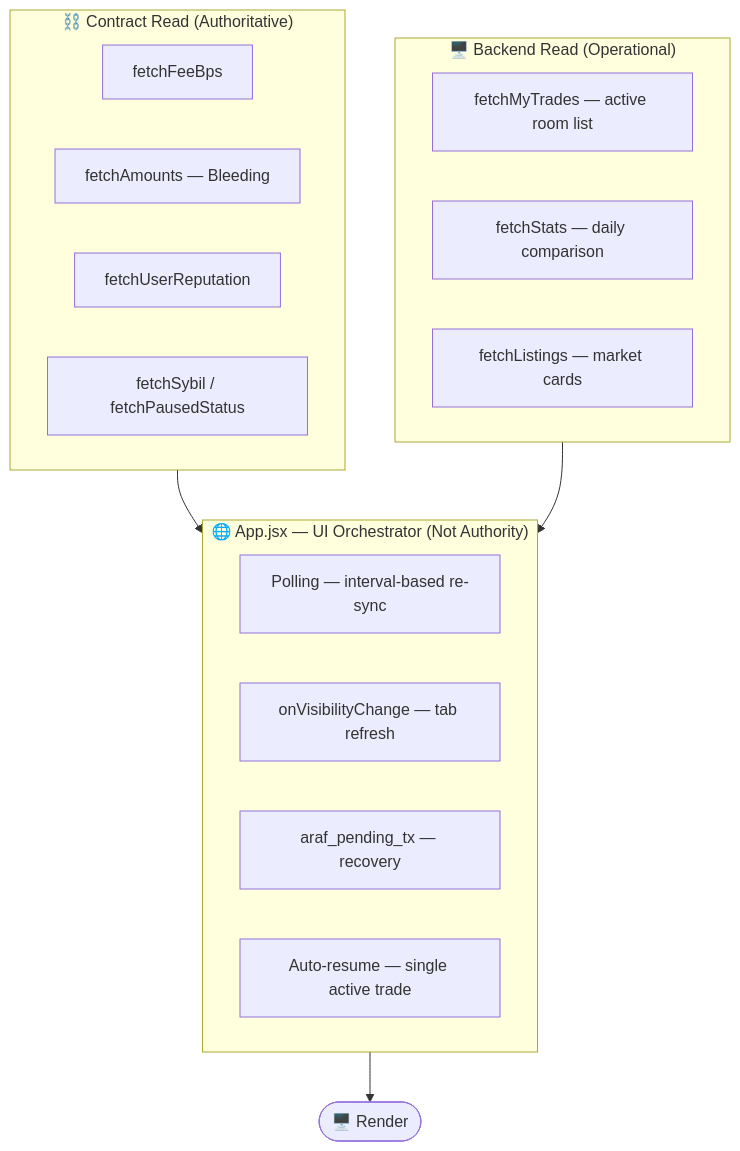
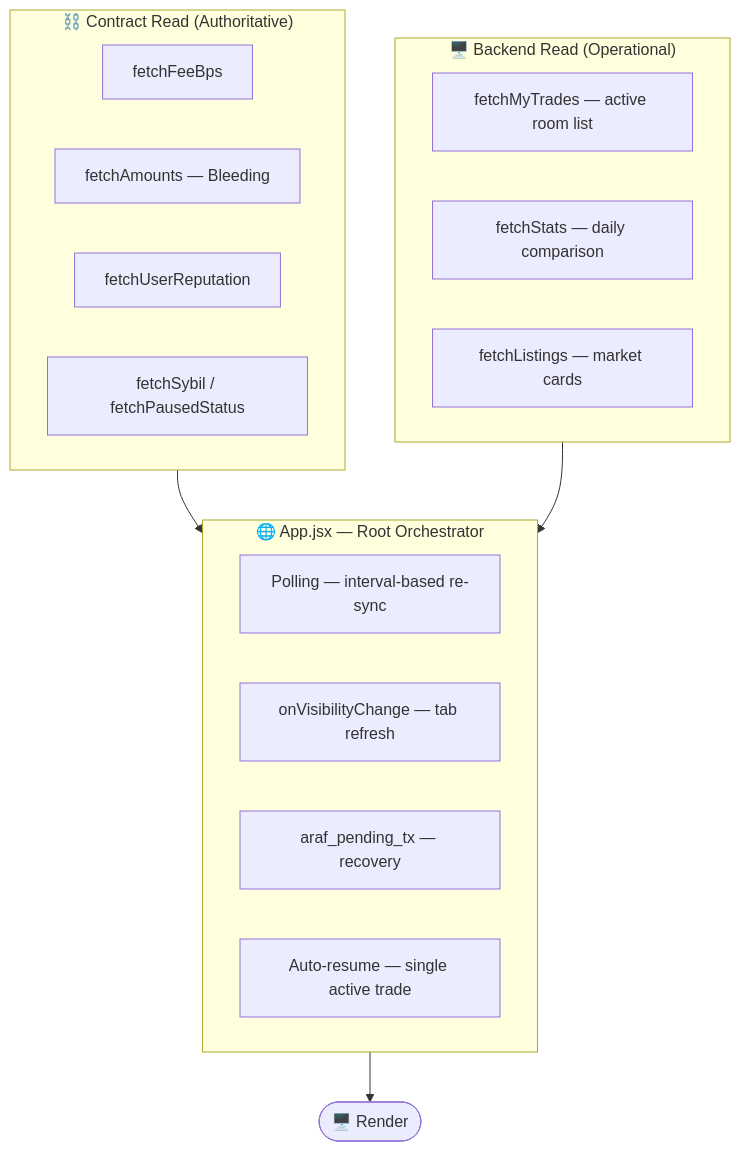
Before and after one commit to MyDemir/Araf-Protokol: the ninth of 9 diagrams in docs/EN/ARCHITECTURE.md, drawn with Mermaid. The commit also changed other lines of this file and 1 other file, not shown here.

Commit message:
revert(docs): rollback architecture documentation updates

````diff
--- a/docs/EN/ARCHITECTURE.md
+++ b/docs/EN/ARCHITECTURE.md
@@ -876,26 +878,26 @@
 ```mermaid
 flowchart TD
     subgraph CONTRACT ["⛓️ Contract Read (Authoritative)"]
         C1[fetchFeeBps]
         C2[fetchAmounts — Bleeding]
         C3[fetchUserReputation]
         C4[fetchSybil / fetchPausedStatus]
     end
 
     subgraph BACKEND ["🖥️ Backend Read (Operational)"]
         B1[fetchMyTrades — active room list]
         B2[fetchStats — daily comparison]
         B3[fetchListings — market cards]
     end
 
-    subgraph APP ["🌐 App.jsx — UI Orchestrator (Not Authority)"]
+    subgraph APP ["🌐 App.jsx — Root Orchestrator"]
         P[Polling — interval-based re-sync]
         V[onVisibilityChange — tab refresh]
         TX[araf_pending_tx — recovery]
         AR[Auto-resume — single active trade]
     end
 
     CONTRACT --> APP
     BACKEND --> APP
     APP --> RENDER([🖥️ Render])
 ```
````
